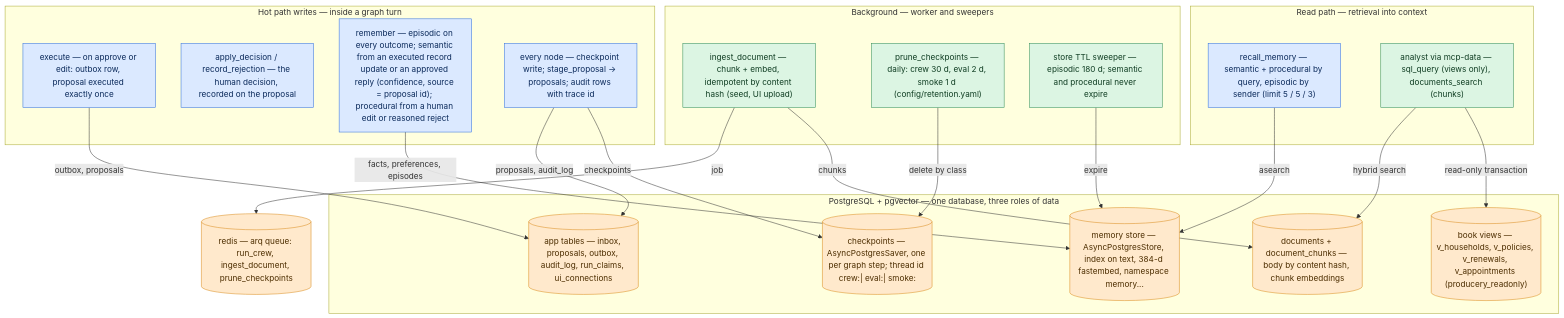
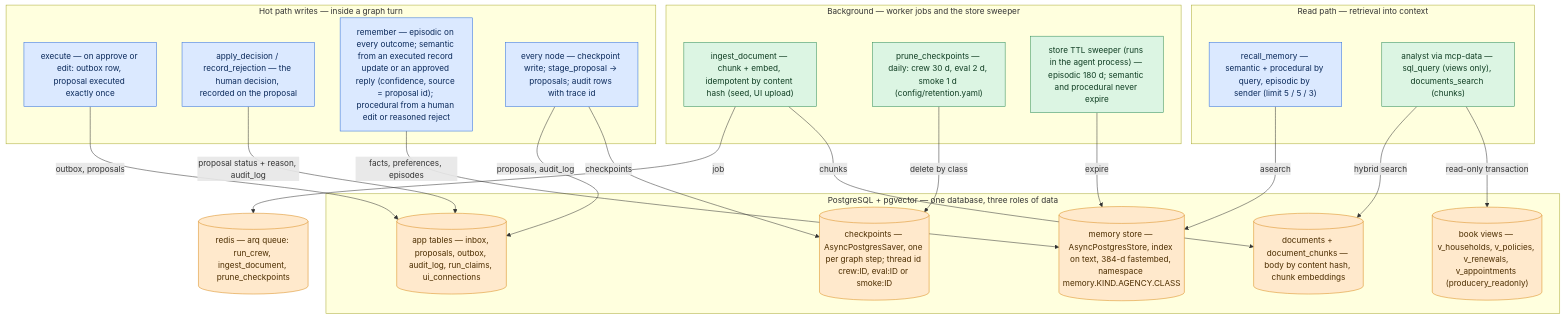
Before and after one commit to kfedorov17/producery-v1-demo: the diagram in docs/diagrams/view3-state-memory.mmd, drawn with Mermaid. The commit also changed 39 other files, not shown here.

```diff
--- a/docs/diagrams/view3-state-memory.mmd
+++ b/docs/diagrams/view3-state-memory.mmd
@@ -1,44 +1,45 @@
 flowchart TB
   classDef agent fill:#dbe9ff,stroke:#2f6fdb,color:#0b2a5b
   classDef tool fill:#dcf5e3,stroke:#2e8b57,color:#0f3d22
   classDef store fill:#ffe9cc,stroke:#d98b1a,color:#4d2e00
   classDef ext fill:#eeeeee,stroke:#777,color:#222
 
   subgraph pg ["PostgreSQL + pgvector — one database, three roles of data"]
-    ckpt[("checkpoints — AsyncPostgresSaver, one per graph step; thread id crew:| eval:| smoke:<email id>")]:::store
-    store[("memory store — AsyncPostgresStore, index on text, 384-d fastembed, namespace memory.<kind>.<agency>.<thread class>")]:::store
+    ckpt[("checkpoints — AsyncPostgresSaver, one per graph step; thread id crew:ID, eval:ID or smoke:ID")]:::store
+    store[("memory store — AsyncPostgresStore, index on text, 384-d fastembed, namespace memory.KIND.AGENCY.CLASS")]:::store
     tables[("app tables — inbox, proposals, outbox, audit_log, run_claims, ui_connections")]:::store
     docs[("documents + document_chunks — body by content hash, chunk embeddings")]:::store
     book[("book views — v_households, v_policies, v_renewals, v_appointments (producery_readonly)")]:::store
   end
   redis[("redis — arq queue: run_crew, ingest_document, prune_checkpoints")]:::store
 
   subgraph hot ["Hot path writes — inside a graph turn"]
     execute["execute — on approve or edit: outbox row, proposal executed exactly once"]:::agent
     decide["apply_decision / record_rejection — the human decision, recorded on the proposal"]:::agent
     remember["remember — episodic on every outcome; semantic from an executed record update or an approved reply (confidence, source = proposal id); procedural from a human edit or reasoned reject"]:::agent
     steps["every node — checkpoint write; stage_proposal → proposals; audit rows with trace id"]:::agent
   end
 
   subgraph read ["Read path — retrieval into context"]
     recall["recall_memory — semantic + procedural by query, episodic by sender (limit 5 / 5 / 3)"]:::agent
     analystq["analyst via mcp-data — sql_query (views only), documents_search (chunks)"]:::tool
   end
 
-  subgraph bg ["Background — worker and sweepers"]
+  subgraph bg ["Background — worker jobs and the store sweeper"]
     ingest["ingest_document — chunk + embed, idempotent by content hash (seed, UI upload)"]:::tool
     prune["prune_checkpoints — daily: crew 30 d, eval 2 d, smoke 1 d (config/retention.yaml)"]:::tool
-    sweep["store TTL sweeper — episodic 180 d; semantic and procedural never expire"]:::tool
+    sweep["store TTL sweeper (runs in the agent process) — episodic 180 d; semantic and procedural never expire"]:::tool
   end
 
   execute -->|"outbox, proposals"| tables
+  decide -->|"proposal status + reason, audit_log"| tables
   remember -->|"facts, preferences, episodes"| store
   steps -->|"checkpoints"| ckpt
   steps -->|"proposals, audit_log"| tables
   recall -->|"asearch"| store
   analystq -->|"read-only transaction"| book
   analystq -->|"hybrid search"| docs
   ingest -->|"chunks"| docs
   ingest -->|"job"| redis
   prune -->|"delete by class"| ckpt
   sweep -->|"expire"| store
```
